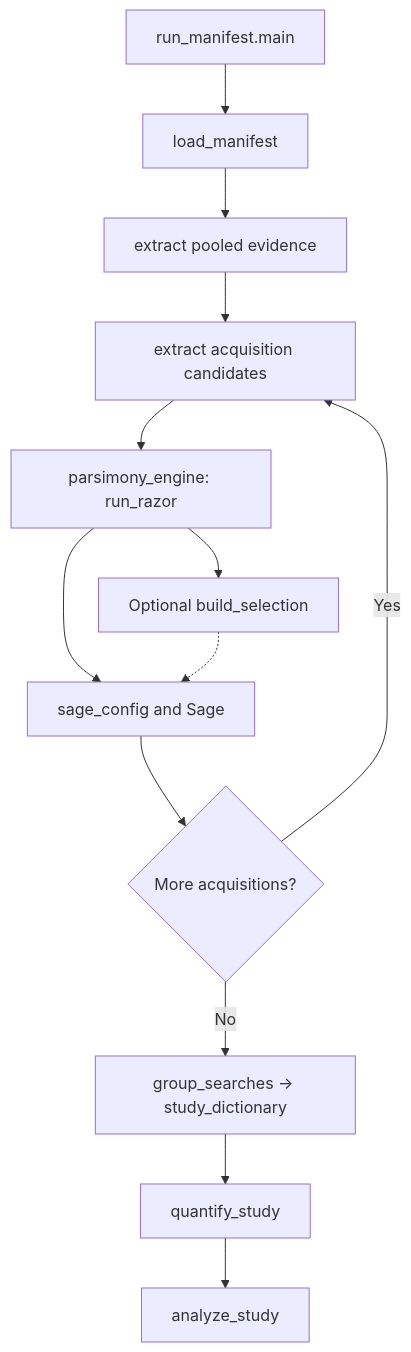
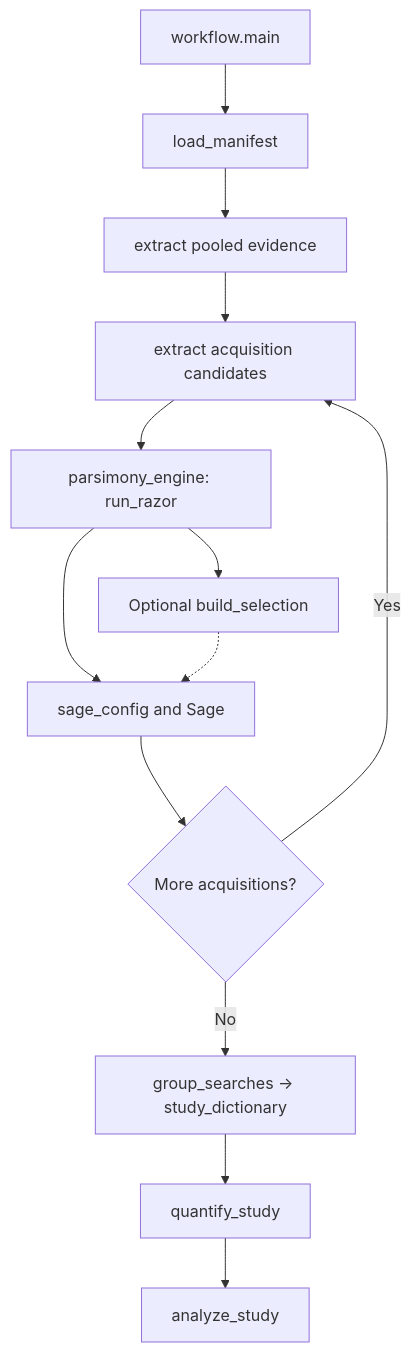
The diagram in docs/reference/function-map.md (MannLabs/fasta-lake), drawn with Mermaid before and after one commit. The commit also changed other lines of this file and 38 other files, not shown here.

````diff
--- a/docs/reference/function-map.md
+++ b/docs/reference/function-map.md
@@ -14,15 +14,15 @@
 ```mermaid
 flowchart TD
-    A["run_manifest.main"] --> B["load_manifest"]
+    A["workflow.main"] --> B["load_manifest"]
     B --> C["extract pooled evidence"]
     C --> D["extract acquisition candidates"]
     D --> E["parsimony_engine: run_razor"]
     E --> F["Optional build_selection"]
     E --> S["sage_config and Sage"]
     F -.-> S
     S --> N{"More acquisitions?"}
     N -->|Yes| D
     N -->|No| G["group_searches → study_dictionary"]
     G --> Q["quantify_study"]
     Q --> V["analyze_study"]
 ```
````
